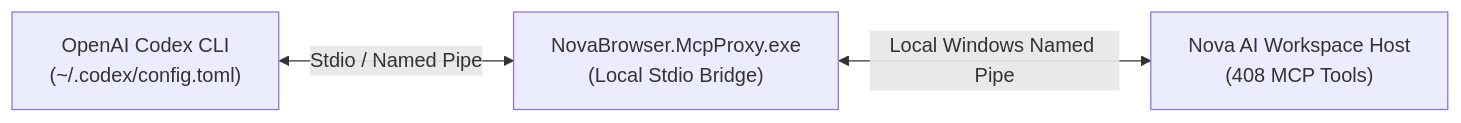
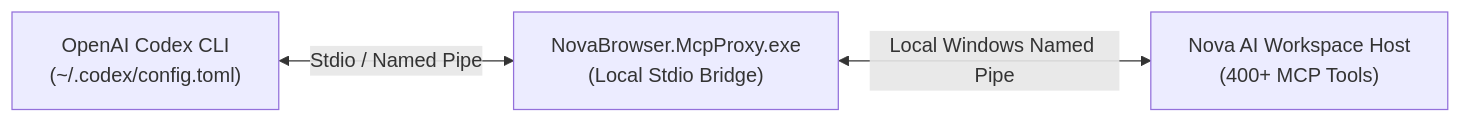
The diagram in docs/integration/openai-codex.md (joelaniol/nova), drawn with Mermaid before and after one commit. The commit also changed 25 other files, not shown here.

Commit message:
docs: index for the tool pages, installation guide matches the real setup, consistent tool count, diagram line breaks, legal notice renamed

````diff
--- a/docs/integration/openai-codex.md
+++ b/docs/integration/openai-codex.md
@@ -14,5 +14,5 @@
 ```mermaid
 flowchart LR
-    Codex["OpenAI Codex CLI\n(~/.codex/config.toml)"] <-->|Stdio / Named Pipe| Proxy["NovaBrowser.McpProxy.exe\n(Local Stdio Bridge)"]
-    Proxy <-->|Local Windows Named Pipe| Nova["Nova AI Workspace Host\n(408 MCP Tools)"]
+    Codex["OpenAI Codex CLI<br>(~/.codex/config.toml)"] <-->|Stdio / Named Pipe| Proxy["NovaBrowser.McpProxy.exe<br>(Local Stdio Bridge)"]
+    Proxy <-->|Local Windows Named Pipe| Nova["Nova AI Workspace Host<br>(400+ MCP Tools)"]
 ```
````
